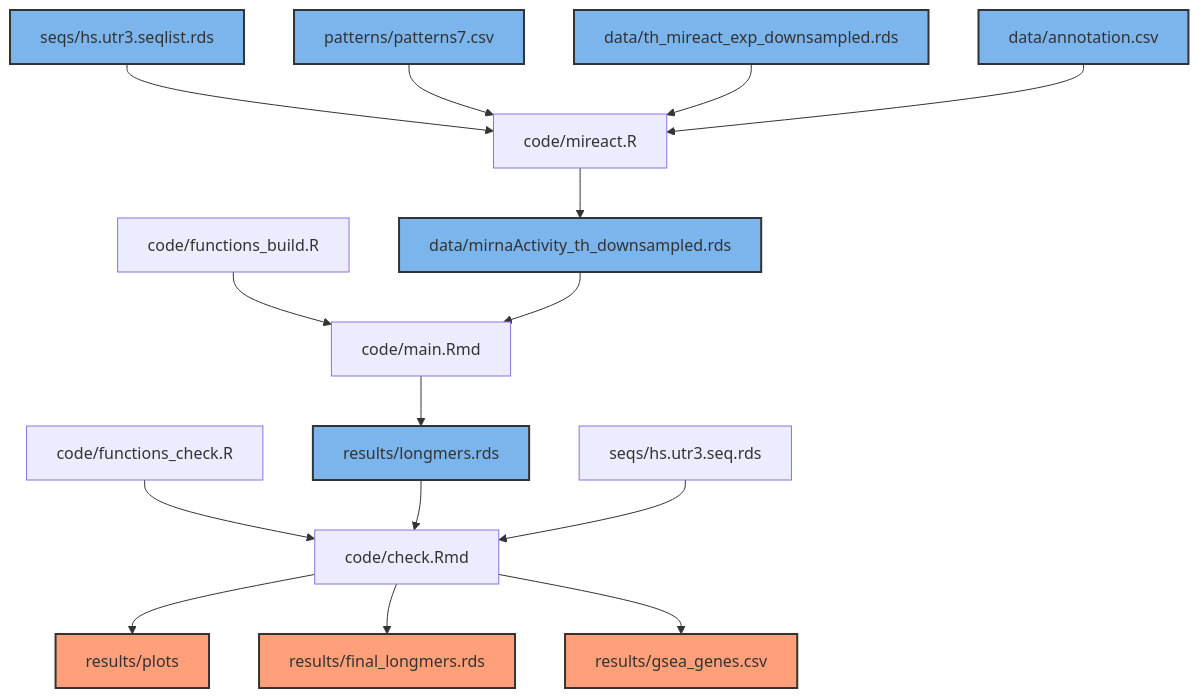
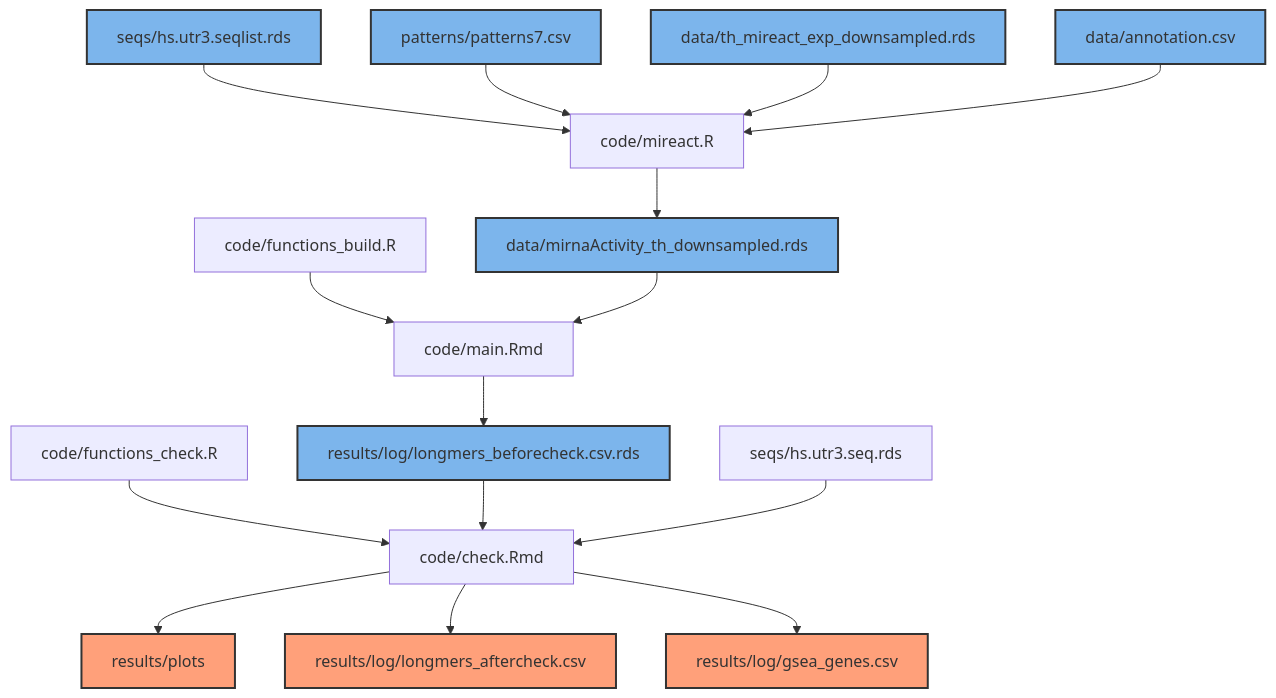
One commit to PaulaRodrigoMartin/longermer changed the diagram in README.md. Above: the diagram before and after it, drawn with Mermaid.

````diff
--- a/README.md
+++ b/README.md
@@ -6,49 +6,49 @@
 ```mermaid
 graph TD;
     seqlist[seqs/hs.utr3.seqlist.rds]
     seqs[seqs/hs.utr3.seq.rds]
     mireact_input[data/th_mireact_exp_downsampled.rds]
     miReact_output[data/mirnaActivity_th_downsampled.rds]
     7mers[patterns/patterns7.csv]
     annotation[data/annotation.csv]
     miReact[code/mireact.R]
     functions[code/functions_build.R]
     functionsc[code/functions_check.R]
     main_notebook[code/main.Rmd]
     check_notebook[code/check.Rmd]
-    GSEA[results/gsea_genes.csv]
+    GSEA[results/log/gsea_genes.csv]
     plots[results/plots]
-    longmers[results/longmers.rds]
-    finallongmers[results/final_longmers.rds]
+    longmers[results/log/longmers_beforecheck.csv.rds]
+    finallongmers[results/log/longmers_aftercheck.csv]
     
 
     style seqlist fill:#7cb5ec,stroke:#333,stroke-width:2px;
     style miReact_output fill:#7cb5ec,stroke:#333,stroke-width:2px;
     style 7mers fill:#7cb5ec,stroke:#333,stroke-width:2px;
     style mireact_input fill:#7cb5ec,stroke:#333,stroke-width:2px;
     %%style seqs fill:#7cb5ec,stroke:#333,stroke-width:2px;
     style annotation fill:#7cb5ec,stroke:#333,stroke-width:2px;
     style longmers fill:#7cb5ec,stroke:#333,stroke-width:2px;
     style finallongmers fill:#FFA07A,stroke:#333,stroke-width:2px;
     style plots fill:#FFA07A,stroke:#333,stroke-width:2px;
     style GSEA fill:#FFA07A,stroke:#333,stroke-width:2px;
 
 
     seqlist-->miReact
     7mers-->miReact
     mireact_input-->miReact
     annotation-->miReact
     miReact-->miReact_output
     functions-->main_notebook
     functionsc-->check_notebook
     main_notebook-->longmers
     longmers-->check_notebook
     check_notebook-->plots
     check_notebook-->finallongmers
     check_notebook-->GSEA
     %%finallongmers-->GSEA
     %%seqs-->GSEA
     miReact_output-->main_notebook
     seqs --> check_notebook
 
 ```
````
